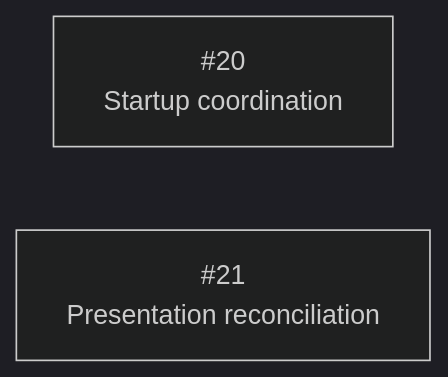
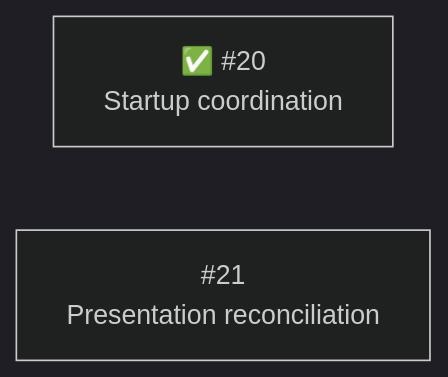
One commit to Jopqior/gotgenes-pi-packages changed the sixth of 6 diagrams in packages/pi-subagents/docs/architecture/architecture.md. Above: the diagram before and after it, drawn with Mermaid (dark theme). The commit also changed other lines of this file and 2 other files, not shown here.

Commit message:
docs(pi-subagents): record startup reconciliation evidence

````diff
--- a/packages/pi-subagents/docs/architecture/architecture.md
+++ b/packages/pi-subagents/docs/architecture/architecture.md
@@ -956,5 +958,5 @@
 ```mermaid
 flowchart LR
-    S20["#20<br/>Startup coordination"]
+    S20["✅ #20<br/>Startup coordination"]
     S21["#21<br/>Presentation reconciliation"]
 ```
````
